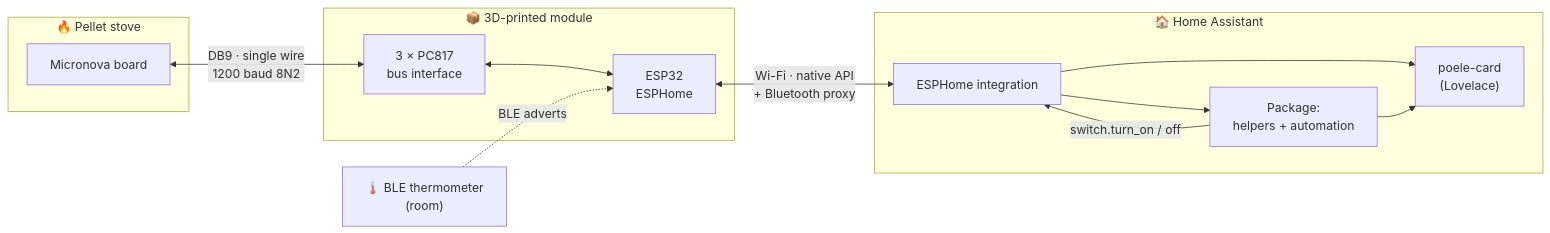
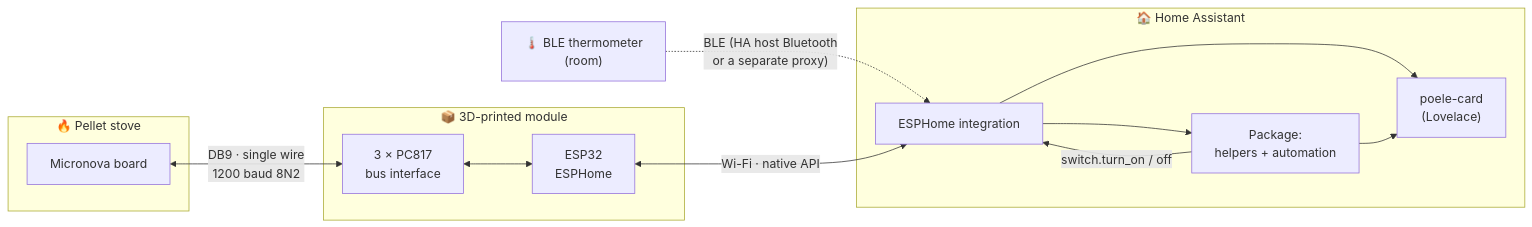
The first of 2 diagrams in README.md (skribascode/Moretti-pellet-stove-esp32), drawn with Mermaid before and after one commit. The commit also changed other lines of this file and 5 other files, not shown here.

First line of the commit message:
Alarm lock, card 1.5.0, no Bluetooth proxy on the stove ESP

````diff
--- a/README.md
+++ b/README.md
@@ -80,25 +80,25 @@
 ```mermaid
 flowchart LR
     subgraph Stove["🔥 Pellet stove"]
         MB["Micronova board"]
     end
     subgraph Module["📦 3D-printed module"]
         IF["3 × PC817<br/>bus interface"]
         ESP["ESP32<br/>ESPHome"]
     end
     T["🌡️ BLE thermometer<br/>(room)"]
     subgraph HA["🏠 Home Assistant"]
         API["ESPHome integration"]
         PKG["Package:<br/>helpers + automation"]
         CARD["poele-card<br/>(Lovelace)"]
     end
 
     MB <-- "DB9 · single wire<br/>1200 baud 8N2" --> IF
     IF <--> ESP
-    T -. "BLE adverts" .-> ESP
-    ESP <-- "Wi-Fi · native API<br/>+ Bluetooth proxy" --> API
+    T -. "BLE (HA host Bluetooth<br/>or a separate proxy)" .-> API
+    ESP <-- "Wi-Fi · native API" --> API
     API --> PKG
     PKG -- "switch.turn_on / off" --> API
     API --> CARD
     PKG --> CARD
 ```
````
